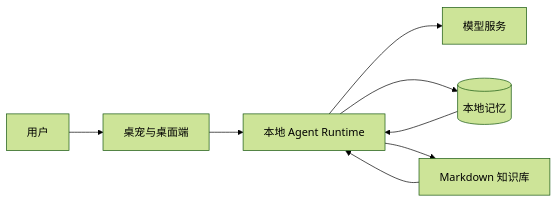
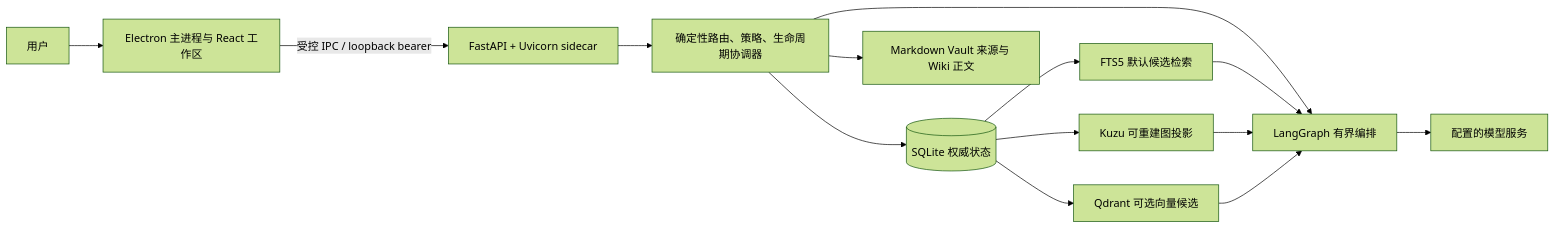
One commit to gitagin/agentpet changed the diagram in README.md. Above: the diagram before and after it, drawn with Mermaid (forest theme). The commit also changed other lines of this file and 2535 other files, not shown here.

````diff
--- a/README.md
+++ b/README.md
@@ -67,10 +81,16 @@
 ```mermaid
 flowchart LR
-    U[用户] --> D[桌宠与桌面端]
-    D --> R[本地 Agent Runtime]
-    R --> M[模型服务]
-    R --> S[(本地记忆)]
-    R --> K[Markdown 知识库]
-    S --> R
-    K --> R
+    U[用户] --> E[Electron 主进程与 React 工作区]
+    E -->|受控 IPC / loopback bearer| A[FastAPI + Uvicorn sidecar]
+    A --> C[确定性路由、策略、生命周期协调器]
+    C --> L[LangGraph 有界编排]
+    L --> M[配置的模型服务]
+    C --> S[(SQLite 权威状态)]
+    C --> V[Markdown Vault 来源与 Wiki 正文]
+    S --> F[FTS5 默认候选检索]
+    S --> K[Kuzu 可重建图投影]
+    S --> Q[Qdrant 可选向量候选]
+    F --> L
+    K --> L
+    Q --> L
 ```
````
